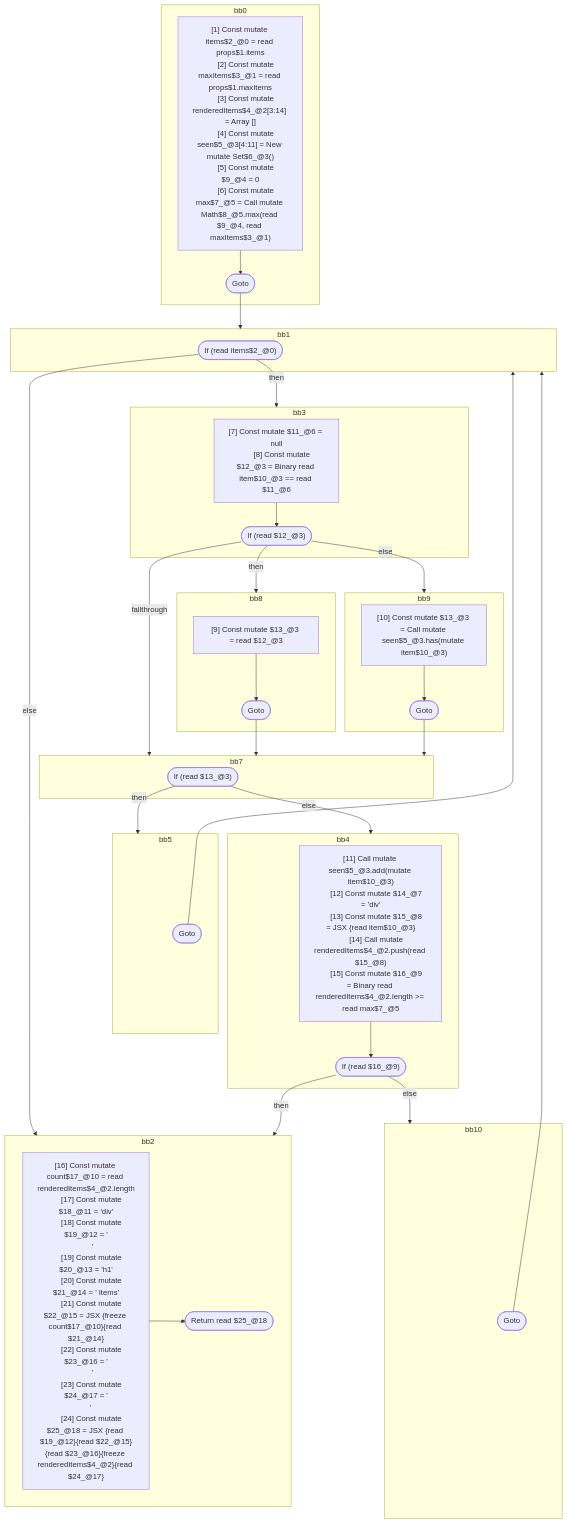
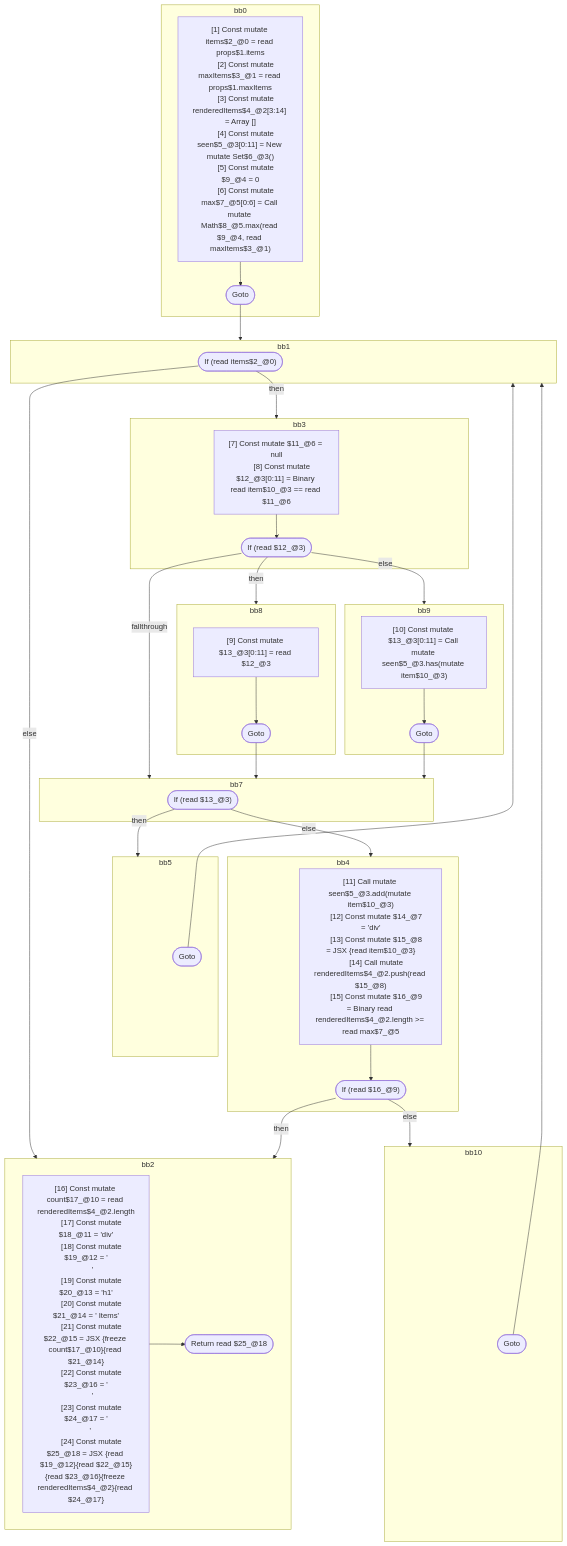
Before and after one commit to wutsmog/private: the diagram in compiler/forget/src/__tests__/fixtures/hir/component.expect.md, drawn with Mermaid. The commit also changed other lines of this file and 33 other files, not shown here.

```diff
--- a/compiler/forget/src/__tests__/fixtures/hir/component.expect.md
+++ b/compiler/forget/src/__tests__/fixtures/hir/component.expect.md
@@ -99,9 +99,9 @@
       [1] Const mutate items$2_@0 = read props$1.items
       [2] Const mutate maxItems$3_@1 = read props$1.maxItems
       [3] Const mutate renderedItems$4_@2[3:14] = Array []
-      [4] Const mutate seen$5_@3[4:11] = New mutate Set$6_@3()
+      [4] Const mutate seen$5_@3[0:11] = New mutate Set$6_@3()
       [5] Const mutate $9_@4 = 0
-      [6] Const mutate max$7_@5 = Call mutate Math$8_@5.max(read $9_@4, read maxItems$3_@1)
+      [6] Const mutate max$7_@5[0:6] = Call mutate Math$8_@5.max(read $9_@4, read maxItems$3_@1)
     "]
     bb0_instrs --> bb0_terminal(["Goto"])
   end
@@ -111,19 +111,19 @@
   subgraph bb3
     bb3_instrs["
       [7] Const mutate $11_@6 = null
-      [8] Const mutate $12_@3 = Binary read item$10_@3 == read $11_@6
+      [8] Const mutate $12_@3[0:11] = Binary read item$10_@3 == read $11_@6
     "]
     bb3_instrs --> bb3_terminal(["If (read $12_@3)"])
   end
   subgraph bb8
     bb8_instrs["
-      [9] Const mutate $13_@3 = read $12_@3
+      [9] Const mutate $13_@3[0:11] = read $12_@3
     "]
     bb8_instrs --> bb8_terminal(["Goto"])
   end
   subgraph bb9
     bb9_instrs["
-      [10] Const mutate $13_@3 = Call mutate seen$5_@3.has(mutate item$10_@3)
+      [10] Const mutate $13_@3[0:11] = Call mutate seen$5_@3.has(mutate item$10_@3)
     "]
     bb9_instrs --> bb9_terminal(["Goto"])
   end
```
